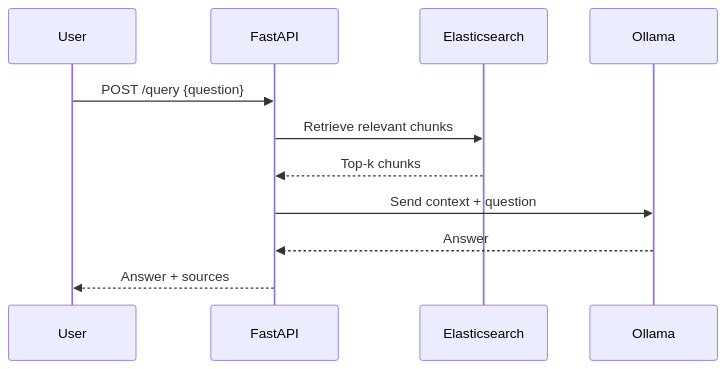
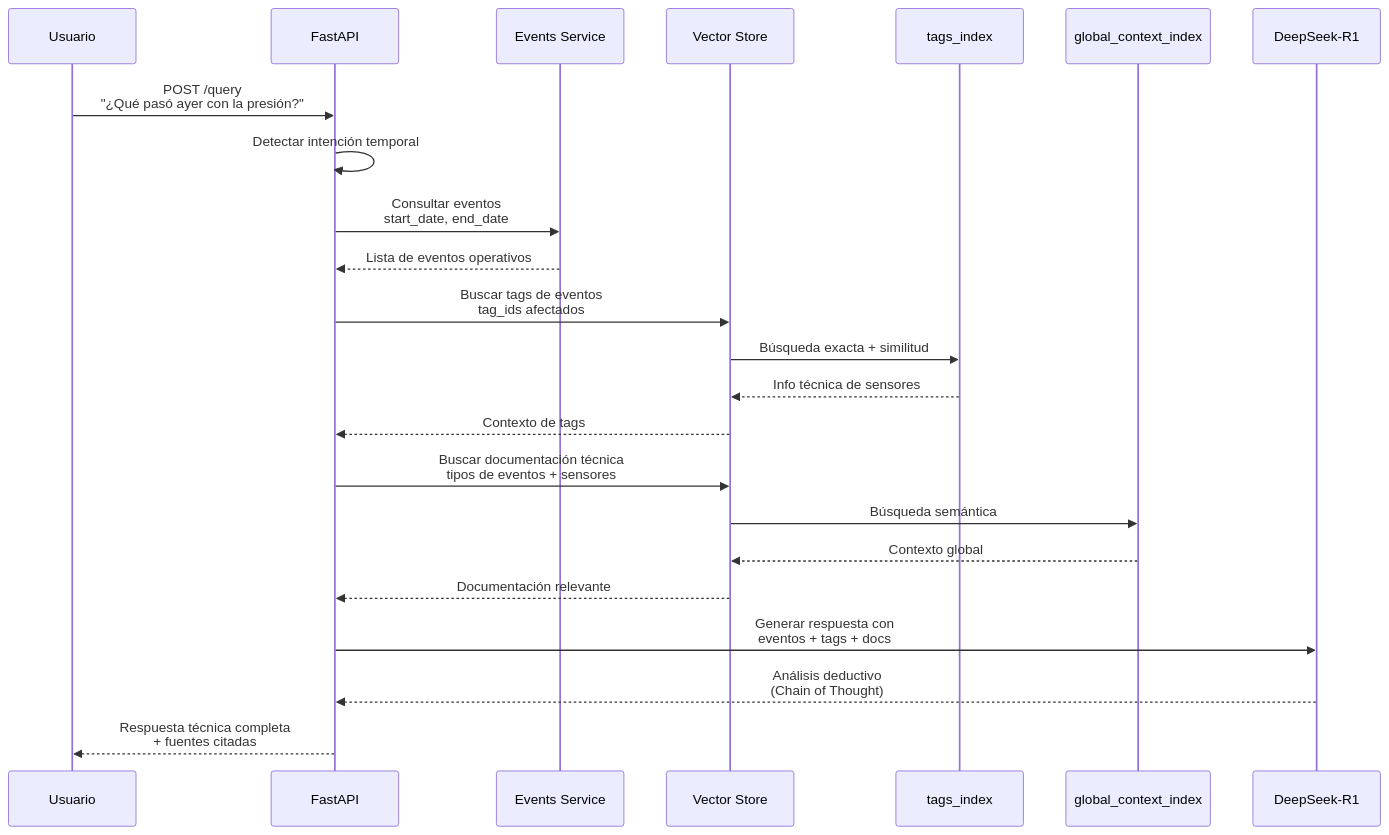
The second of 3 diagrams in README.md (PAlejandroQ/Puc_RAG), drawn with Mermaid before and after one commit. The commit also changed other lines of this file, not shown here.

````diff
--- a/README.md
+++ b/README.md
@@ -108,13 +368,31 @@
 ```mermaid
 sequenceDiagram
-    participant U as User
+    participant U as Usuario
     participant API as FastAPI
-    participant V as Elasticsearch
-    participant L as Ollama
-    U->>API: POST /query {question}
-    API->>V: Retrieve relevant chunks
-    V-->>API: Top-k chunks
-    API->>L: Send context + question
-    L-->>API: Answer
-    API-->>U: Answer + sources
+    participant EV as Events Service
+    participant VS as Vector Store
+    participant TI as tags_index
+    participant GCI as global_context_index
+    participant LLM as DeepSeek-R1
+
+    U->>API: POST /query<br/>"¿Qué pasó ayer con la presión?"
+
+    API->>API: Detectar intención temporal
+    API->>EV: Consultar eventos<br/>start_date, end_date
+    EV-->>API: Lista de eventos operativos
+
+    API->>VS: Buscar tags de eventos<br/>tag_ids afectados
+    VS->>TI: Búsqueda exacta + similitud
+    TI-->>VS: Info técnica de sensores
+    VS-->>API: Contexto de tags
+
+    API->>VS: Buscar documentación técnica<br/>tipos de eventos + sensores
+    VS->>GCI: Búsqueda semántica
+    GCI-->>VS: Contexto global
+    VS-->>API: Documentación relevante
+
+    API->>LLM: Generar respuesta con<br/>eventos + tags + docs
+    LLM-->>API: Análisis deductivo<br/>(Chain of Thought)
+
+    API-->>U: Respuesta técnica completa<br/>+ fuentes citadas
 ```
````
